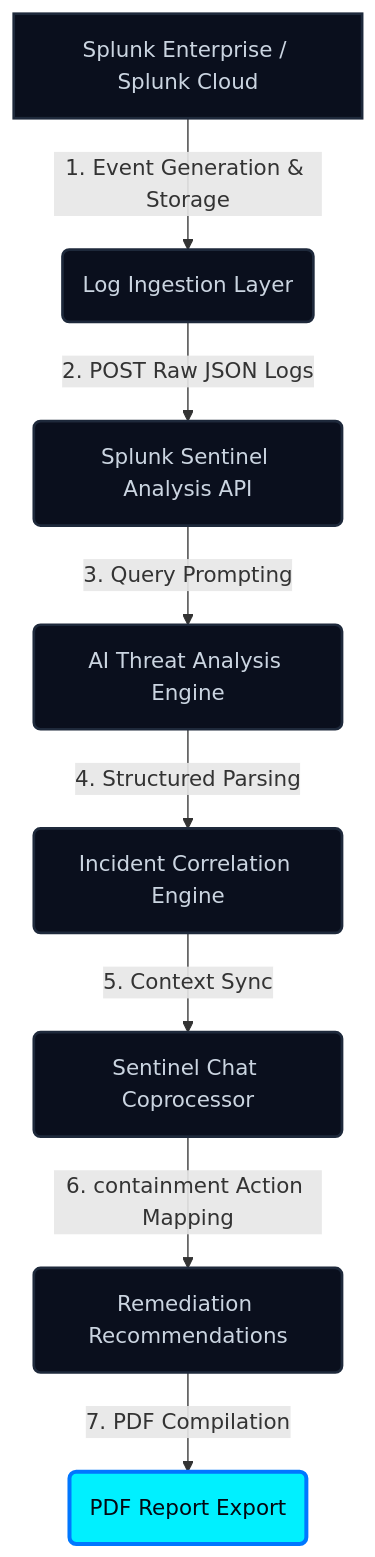
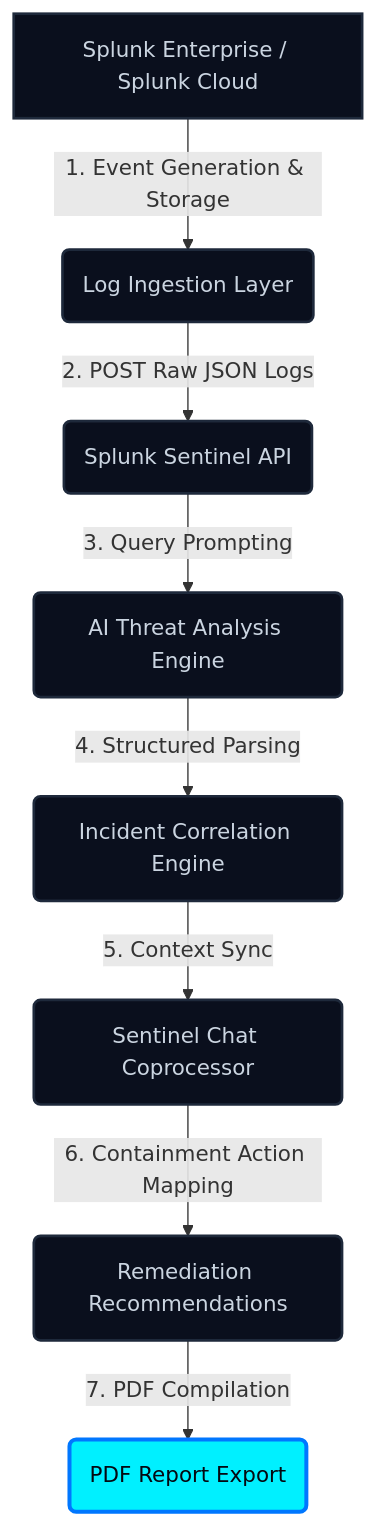
One commit to ByteBlaze1706/Splunk-Sentinel changed the diagram in architecture-diagram.md. Above: the diagram before and after it, drawn with Mermaid. The commit also changed other lines of this file and 3 other files, not shown here.

````diff
--- a/architecture-diagram.md
+++ b/architecture-diagram.md
@@ -15,16 +15,16 @@
 ```mermaid
 graph TD
     %% Nodes
     A[Splunk Enterprise / Splunk Cloud] -->|1. Event Generation & Storage| B(Log Ingestion Layer)
-    B -->|2. POST Raw JSON Logs| C(Splunk Sentinel Analysis API)
+    B -->|2. POST Raw JSON Logs| C(Splunk Sentinel API)
     C -->|3. Query Prompting| D(AI Threat Analysis Engine)
     D -->|4. Structured Parsing| E(Incident Correlation Engine)
     E -->|5. Context Sync| F(Sentinel Chat Coprocessor)
-    F -->|6. containment Action Mapping| G(Remediation Recommendations)
+    F -->|6. Containment Action Mapping| G(Remediation Recommendations)
     G -->|7. PDF Compilation| H(PDF Report Export)
 
     %% Styling
     classDef default fill:#0a0f1d,stroke:#1e293b,stroke-width:2px,color:#cbd5e1;
     classDef highlight fill:#00f0ff,stroke:#0077ff,stroke-width:3px,color:#040811;
     class H highlight;
 ```
````
